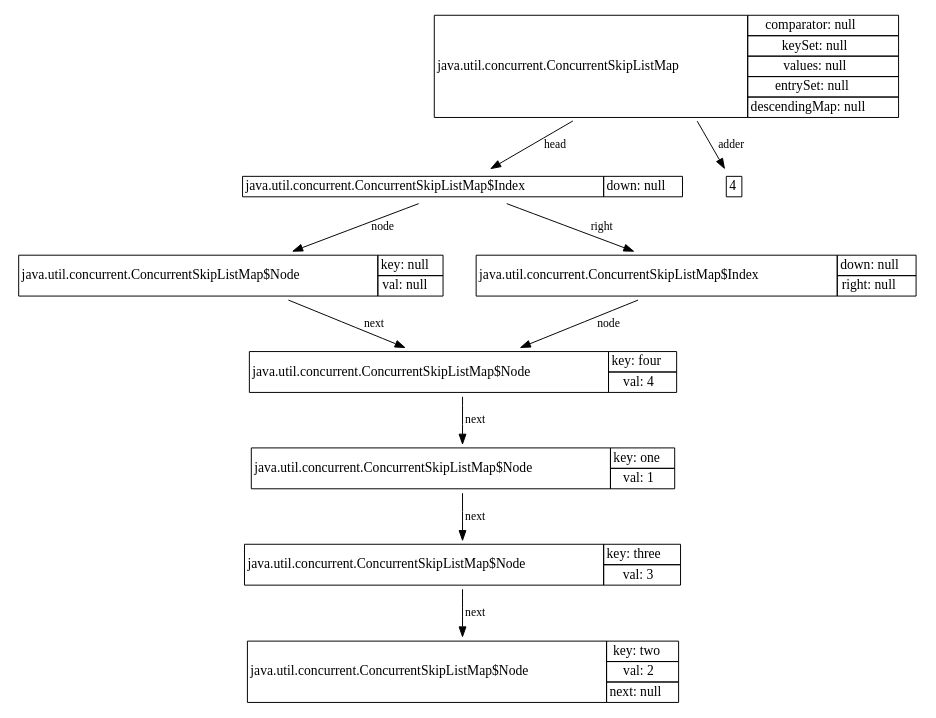
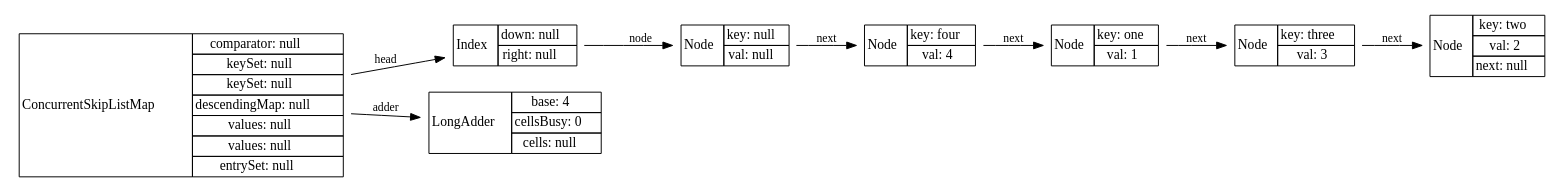
Diagram 18 of 18 in doc/src/main/asciidoc/start.adoc (openjdk/jol), drawn with Graphviz before and after one commit. The commit also changed other lines of this file and 3 other files, not shown here.

```diff
--- a/doc/src/main/asciidoc/start.adoc
+++ b/doc/src/main/asciidoc/start.adoc
@@ -2738,12 +2107,12 @@
 [graphviz]
 ----
 digraph Java {
-	rankdir="TB";
+	rankdir="LR";
 	node[shape=plaintext]
 	n1[label=<
 		<table border='0' cellborder='1' cellspacing='0'>
 			<tr>
-				<td rowspan='6'>java.util.concurrent.ConcurrentSkipListMap</td>
+				<td rowspan='8'>ConcurrentSkipListMap</td>
 			</tr>
 			<tr>
 				<td>comparator: null</td>
@@ -2752,30 +2121,39 @@
 				<td>keySet: null</td>
 			</tr>
 			<tr>
+				<td>keySet: null</td>
+			</tr>
+			<tr>
+				<td>descendingMap: null</td>
+			</tr>
+			<tr>
+				<td>values: null</td>
+			</tr>
+			<tr>
 				<td>values: null</td>
 			</tr>
 			<tr>
 				<td>entrySet: null</td>
-			</tr>
-			<tr>
-				<td>descendingMap: null</td>
 			</tr>
 		</table>
 	>];
 	n2[label=<
 		<table border='0' cellborder='1' cellspacing='0'>
 			<tr>
-				<td rowspan='2'>java.util.concurrent.ConcurrentSkipListMap$Index</td>
+				<td rowspan='3'>Index</td>
 			</tr>
 			<tr>
 				<td>down: null</td>
+			</tr>
+			<tr>
+				<td>right: null</td>
 			</tr>
 		</table>
 	>];
 	n3[label=<
 		<table border='0' cellborder='1' cellspacing='0'>
 			<tr>
-				<td rowspan='3'>java.util.concurrent.ConcurrentSkipListMap$Node</td>
+				<td rowspan='3'>Node</td>
 			</tr>
 			<tr>
 				<td>key: null</td>
@@ -2788,7 +2166,7 @@
 	n4[label=<
 		<table border='0' cellborder='1' cellspacing='0'>
 			<tr>
-				<td rowspan='3'>java.util.concurrent.ConcurrentSkipListMap$Node</td>
+				<td rowspan='3'>Node</td>
 			</tr>
 			<tr>
 				<td>key: four</td>
@@ -2801,7 +2179,7 @@
 	n5[label=<
 		<table border='0' cellborder='1' cellspacing='0'>
 			<tr>
-				<td rowspan='3'>java.util.concurrent.ConcurrentSkipListMap$Node</td>
+				<td rowspan='3'>Node</td>
 			</tr>
 			<tr>
 				<td>key: one</td>
@@ -2814,7 +2192,7 @@
 	n6[label=<
 		<table border='0' cellborder='1' cellspacing='0'>
 			<tr>
-				<td rowspan='3'>java.util.concurrent.ConcurrentSkipListMap$Node</td>
+				<td rowspan='3'>Node</td>
 			</tr>
 			<tr>
 				<td>key: three</td>
@@ -2827,7 +2205,7 @@
 	n7[label=<
 		<table border='0' cellborder='1' cellspacing='0'>
 			<tr>
-				<td rowspan='4'>java.util.concurrent.ConcurrentSkipListMap$Node</td>
+				<td rowspan='4'>Node</td>
 			</tr>
 			<tr>
 				<td>key: two</td>
@@ -2845,29 +2223,24 @@
 	n4 -> n5[label="next",fontsize=12];
 	n3 -> n4[label="next",fontsize=12];
 	n2 -> n3[label="node",fontsize=12];
+	n1 -> n2[label="head",fontsize=12];
 	n8[label=<
 		<table border='0' cellborder='1' cellspacing='0'>
 			<tr>
-				<td rowspan='3'>java.util.concurrent.ConcurrentSkipListMap$Index</td>
+				<td rowspan='4'>LongAdder</td>
 			</tr>
 			<tr>
-				<td>down: null</td>
+				<td>base: 4</td>
 			</tr>
 			<tr>
-				<td>right: null</td>
+				<td>cellsBusy: 0</td>
+			</tr>
+			<tr>
+				<td>cells: null</td>
 			</tr>
 		</table>
 	>];
-	n8 -> n4[label="node",fontsize=12];
-	n2 -> n8[label="right",fontsize=12];
-	n1 -> n2[label="head",fontsize=12];
-	n9[label=<
-		<table border='0' cellborder='1' cellspacing='0'>
-			<tr>
-				<td>4</td>
-			</tr>
-		</table>
-	>];
-	n1 -> n9[label="adder",fontsize=12];
+	n1 -> n8[label="adder",fontsize=12];
 }
+
 ----
```
